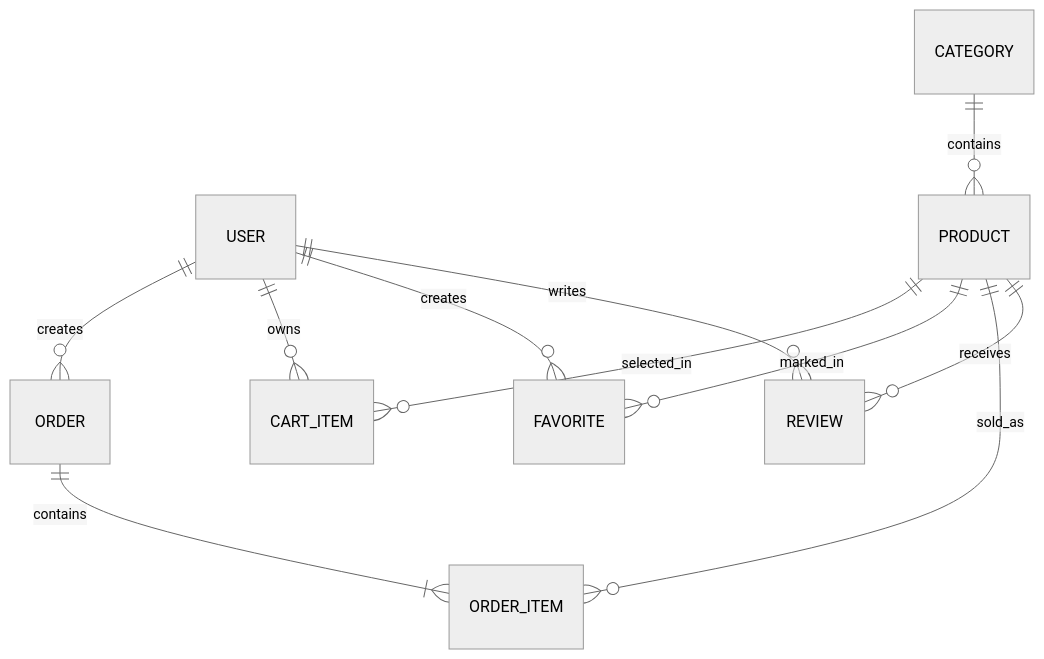
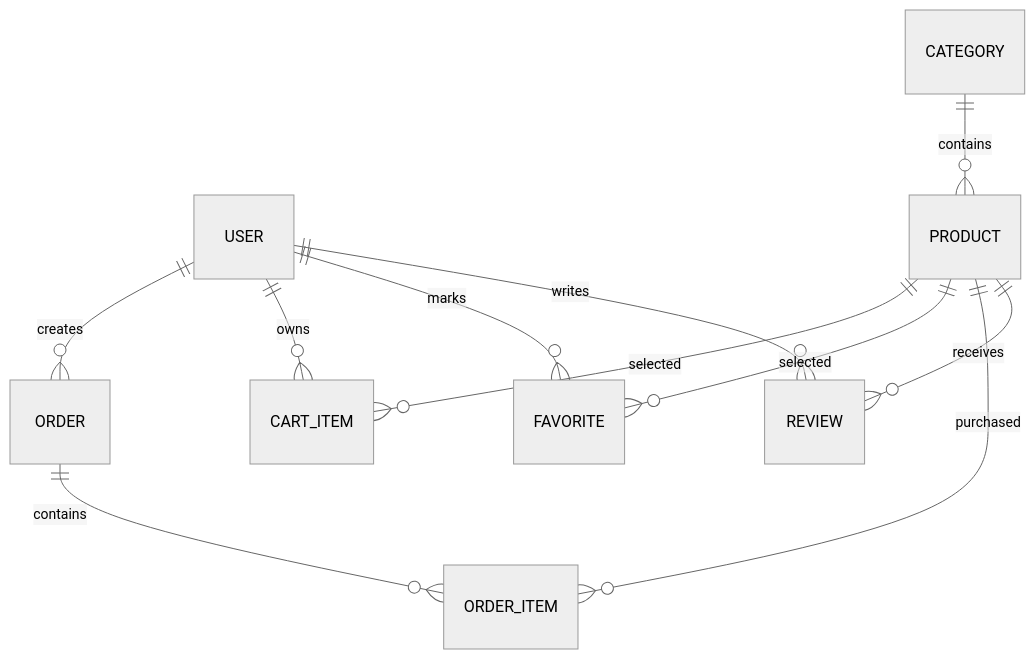
Before and after one commit to hamidullinrodmirr-afk/kubkubych-coursework: the diagram in LAB/lab-01-database.md, drawn with Mermaid (neutral theme). The commit also changed other lines of this file and 14 other files, not shown here.

````diff
--- a/LAB/lab-01-database.md
+++ b/LAB/lab-01-database.md
@@ -38,13 +32,13 @@
-```mermaid
+~~~mermaid
 erDiagram
     USER ||--o{ ORDER : creates
     USER ||--o{ CART_ITEM : owns
-    USER ||--o{ FAVORITE : creates
+    USER ||--o{ FAVORITE : marks
     USER ||--o{ REVIEW : writes
     CATEGORY ||--o{ PRODUCT : contains
-    PRODUCT ||--o{ CART_ITEM : selected_in
-    PRODUCT ||--o{ FAVORITE : marked_in
-    PRODUCT ||--o{ ORDER_ITEM : sold_as
+    PRODUCT ||--o{ CART_ITEM : selected
+    PRODUCT ||--o{ FAVORITE : selected
+    PRODUCT ||--o{ ORDER_ITEM : purchased
     PRODUCT ||--o{ REVIEW : receives
-    ORDER ||--|{ ORDER_ITEM : contains
-```
+    ORDER ||--o{ ORDER_ITEM : contains
+~~~
````
